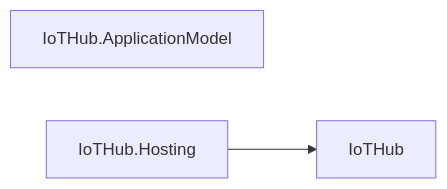
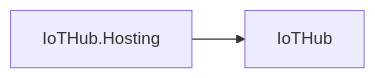
One commit to assimalign/cohesion changed diagram 17 of 27 in docs/DEPENDENCIES.md. Above: the diagram before and after it, drawn with Mermaid. The commit also changed other lines of this file and 441 other files, not shown here.

````diff
--- a/docs/DEPENDENCIES.md
+++ b/docs/DEPENDENCIES.md
@@ -749,7 +735,6 @@
 ```mermaid
 flowchart LR
     N0["IoTHub"]
-    N1["IoTHub.ApplicationModel"]
-    N2["IoTHub.Hosting"]
-    N2 --> N0
+    N1["IoTHub.Hosting"]
+    N1 --> N0
 ```
````
